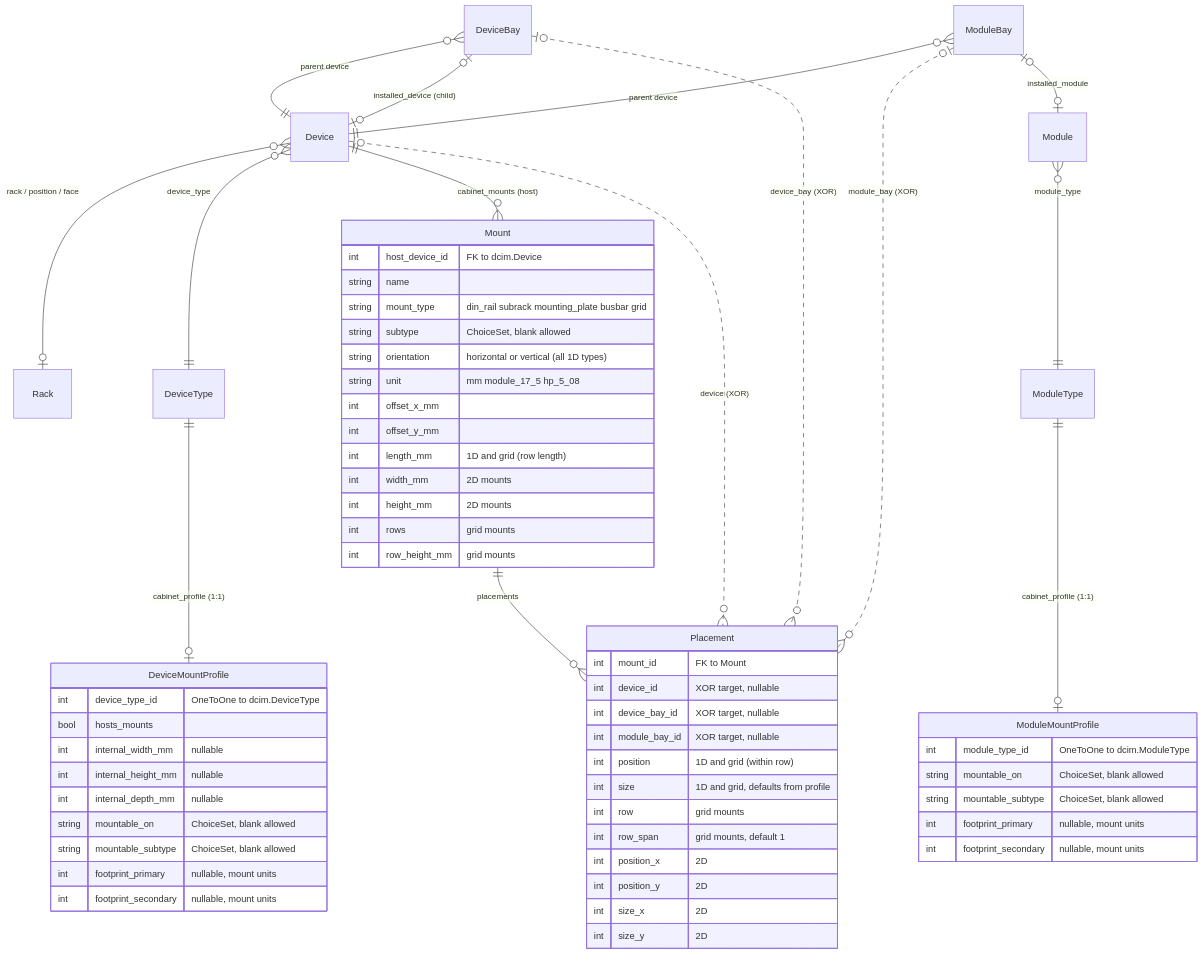
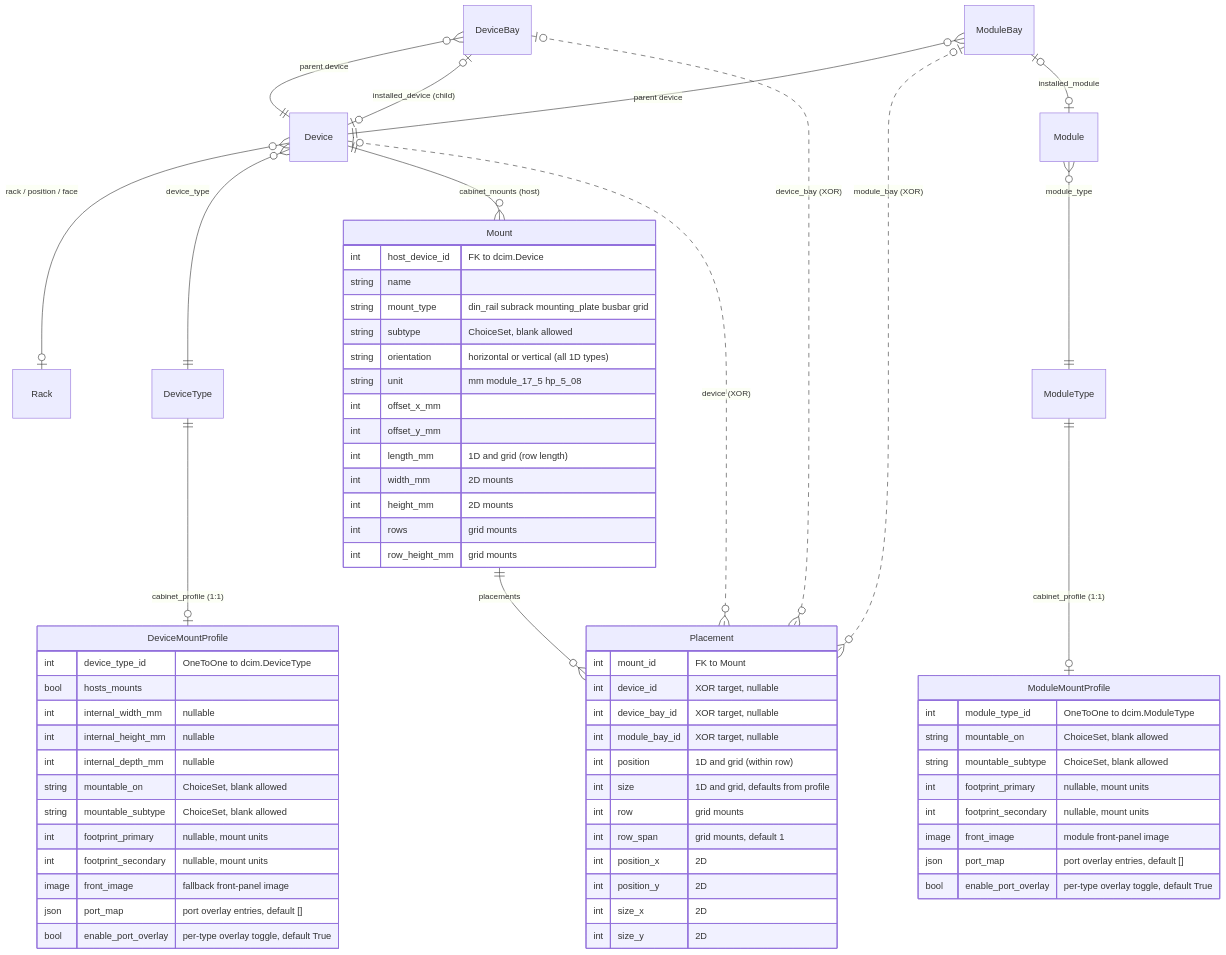
The diagram in docs/architecture.md (TheFlyingCorpse/netbox-cabinet-view), drawn with Mermaid before and after one commit. The commit also changed other lines of this file and 7 other files, not shown here.

First line of the commit message:
port overlay: two-level feature flag + architecture docs

````diff
--- a/docs/architecture.md
+++ b/docs/architecture.md
@@ -21,67 +21,73 @@
 ```mermaid
 erDiagram
     Device             }o--o| Rack         : "rack / position / face"
     Device             }o--|| DeviceType   : "device_type"
     Module             }o--|| ModuleType   : "module_type"
     DeviceBay          }o--|| Device       : "parent device"
     DeviceBay          |o--o| Device       : "installed_device (child)"
     ModuleBay          }o--|| Device       : "parent device"
     ModuleBay          |o--o| Module       : "installed_module"
 
     DeviceType         ||--o| DeviceMountProfile : "cabinet_profile (1:1)"
     ModuleType         ||--o| ModuleMountProfile : "cabinet_profile (1:1)"
     Device             ||--o{ Mount              : "cabinet_mounts (host)"
     Mount              ||--o{ Placement          : "placements"
 
     Device             |o..o{ Placement          : "device (XOR)"
     DeviceBay          |o..o{ Placement          : "device_bay (XOR)"
     ModuleBay          |o..o{ Placement          : "module_bay (XOR)"
 
     DeviceMountProfile {
         int     device_type_id              "OneToOne to dcim.DeviceType"
         bool    hosts_mounts
         int     internal_width_mm           "nullable"
         int     internal_height_mm          "nullable"
         int     internal_depth_mm           "nullable"
         string  mountable_on                "ChoiceSet, blank allowed"
         string  mountable_subtype           "ChoiceSet, blank allowed"
         int     footprint_primary           "nullable, mount units"
         int     footprint_secondary         "nullable, mount units"
+        image   front_image                 "fallback front-panel image"
+        json    port_map                    "port overlay entries, default []"
+        bool    enable_port_overlay         "per-type overlay toggle, default True"
     }
     ModuleMountProfile {
         int     module_type_id              "OneToOne to dcim.ModuleType"
         string  mountable_on                "ChoiceSet, blank allowed"
         string  mountable_subtype           "ChoiceSet, blank allowed"
         int     footprint_primary           "nullable, mount units"
         int     footprint_secondary         "nullable, mount units"
+        image   front_image                 "module front-panel image"
+        json    port_map                    "port overlay entries, default []"
+        bool    enable_port_overlay         "per-type overlay toggle, default True"
     }
     Mount {
         int     host_device_id              "FK to dcim.Device"
         string  name
         string  mount_type                  "din_rail subrack mounting_plate busbar grid"
         string  subtype                     "ChoiceSet, blank allowed"
         string  orientation                 "horizontal or vertical (all 1D types)"
         string  unit                        "mm module_17_5 hp_5_08"
         int     offset_x_mm
         int     offset_y_mm
         int     length_mm                   "1D and grid (row length)"
         int     width_mm                    "2D mounts"
         int     height_mm                   "2D mounts"
         int     rows                        "grid mounts"
         int     row_height_mm               "grid mounts"
     }
     Placement {
         int     mount_id                    "FK to Mount"
         int     device_id                   "XOR target, nullable"
         int     device_bay_id               "XOR target, nullable"
         int     module_bay_id               "XOR target, nullable"
         int     position                    "1D and grid (within row)"
         int     size                        "1D and grid, defaults from profile"
         int     row                         "grid mounts"
         int     row_span                    "grid mounts, default 1"
         int     position_x                  "2D"
         int     position_y                  "2D"
         int     size_x                      "2D"
         int     size_y                      "2D"
     }
 ```
````
